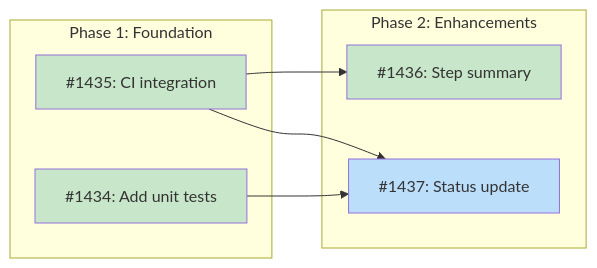
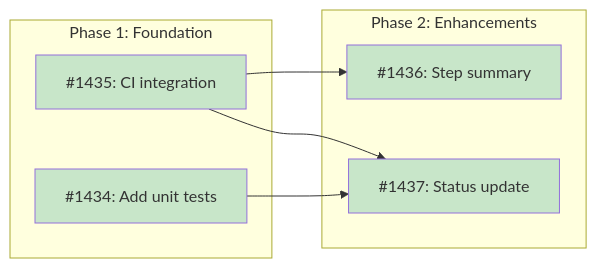
Before and after one commit to tsukumogami/tsuku: the diagram in docs/designs/DESIGN-pipeline-dashboard.md, drawn with Mermaid. The commit also changed other lines of this file, not shown here.

````diff
--- a/docs/designs/DESIGN-pipeline-dashboard.md
+++ b/docs/designs/DESIGN-pipeline-dashboard.md
@@ -65,24 +65,23 @@
 ```mermaid
 graph LR
     subgraph Phase1["Phase 1: Foundation"]
         I1434["#1434: Add unit tests"]
         I1435["#1435: CI integration"]
     end
 
     subgraph Phase2["Phase 2: Enhancements"]
         I1436["#1436: Step summary"]
         I1437["#1437: Status update"]
     end
 
     I1435 --> I1436
     I1434 --> I1437
     I1435 --> I1437
 
     classDef done fill:#c8e6c9
     classDef ready fill:#bbdefb
     classDef blocked fill:#fff9c4
     classDef needsDesign fill:#e1bee7
 
-    class I1434,I1435,I1436 done
-    class I1437 ready
+    class I1434,I1435,I1436,I1437 done
 ```
````
